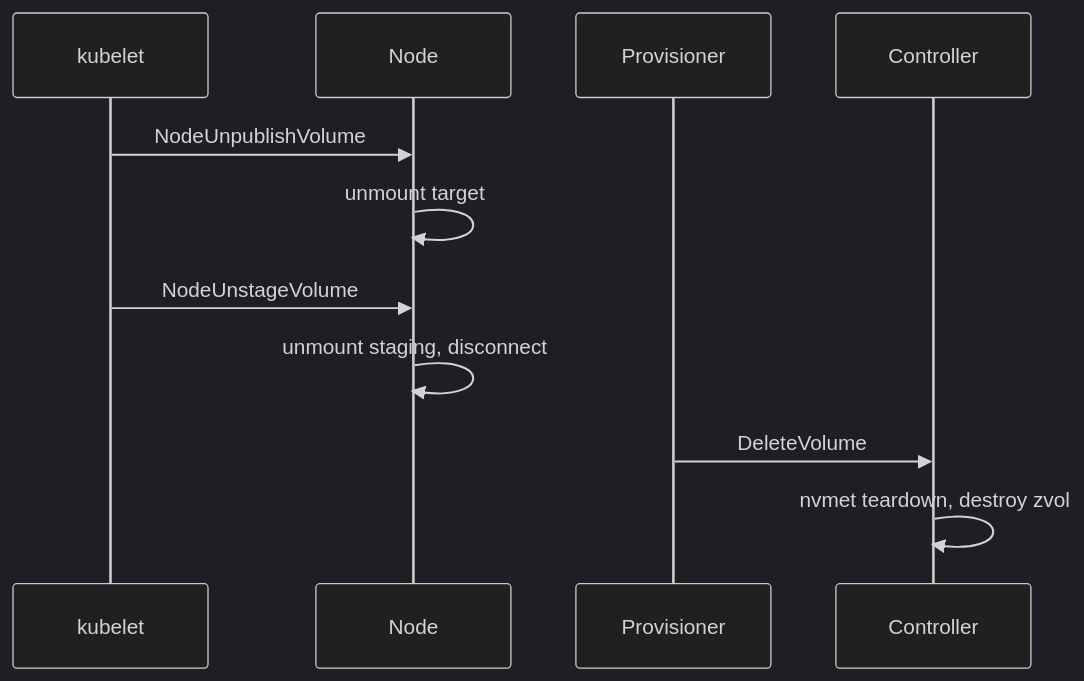
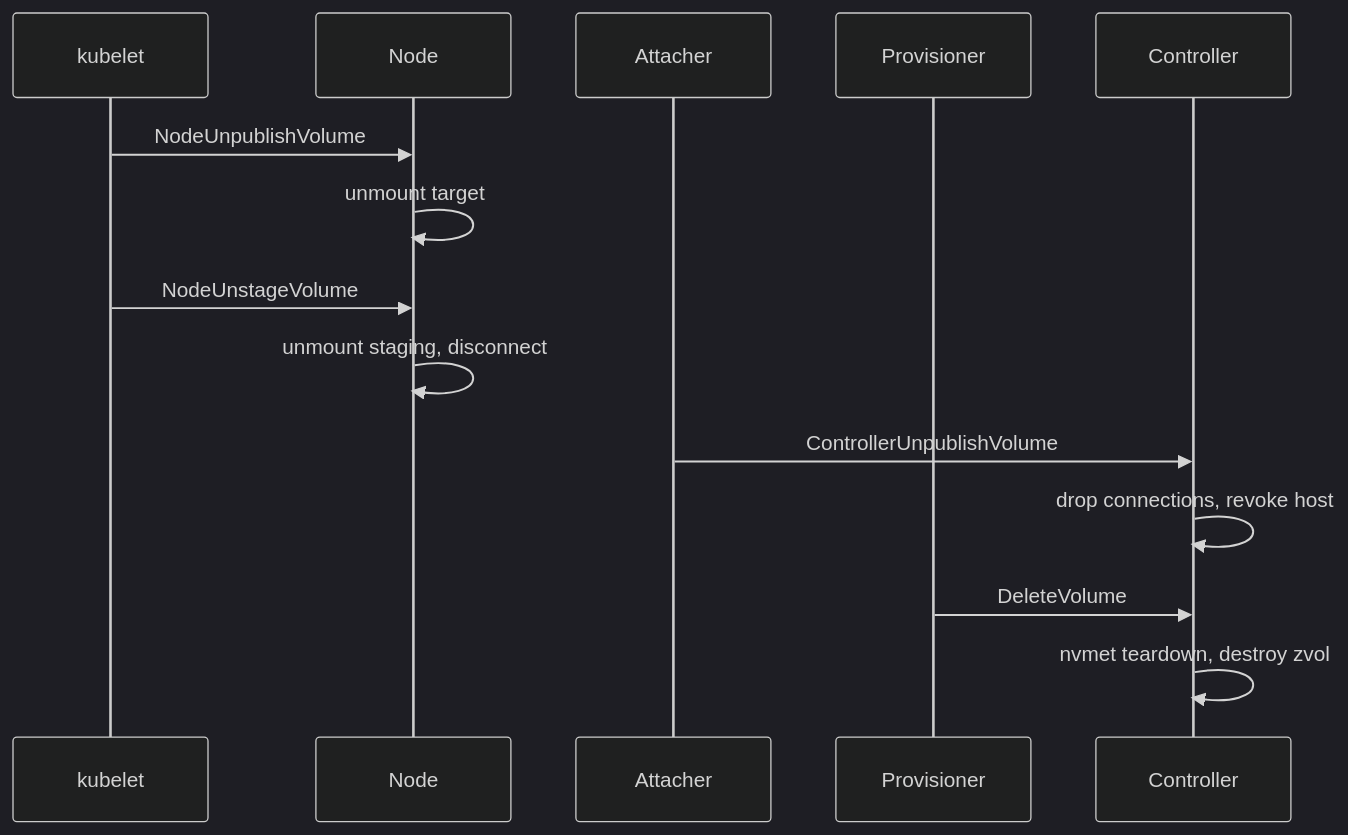
Before and after one commit to timpa0130/nvmeof-csi: the fourth of 5 diagrams in design/volume-lifecycle.md, drawn with Mermaid (dark theme). The commit also changed other lines of this file and 14 other files, not shown here.

````diff
--- a/design/volume-lifecycle.md
+++ b/design/volume-lifecycle.md
@@ -107,13 +118,16 @@
 ```mermaid
 sequenceDiagram
     participant K as kubelet
     participant N as Node
+    participant A as Attacher
     participant EP as Provisioner
     participant C as Controller
     K->>N: NodeUnpublishVolume
     N->>N: unmount target
     K->>N: NodeUnstageVolume
     N->>N: unmount staging, disconnect
+    A->>C: ControllerUnpublishVolume
+    C->>C: drop connections, revoke host
     EP->>C: DeleteVolume
     C->>C: nvmet teardown, destroy zvol
 ```
````
